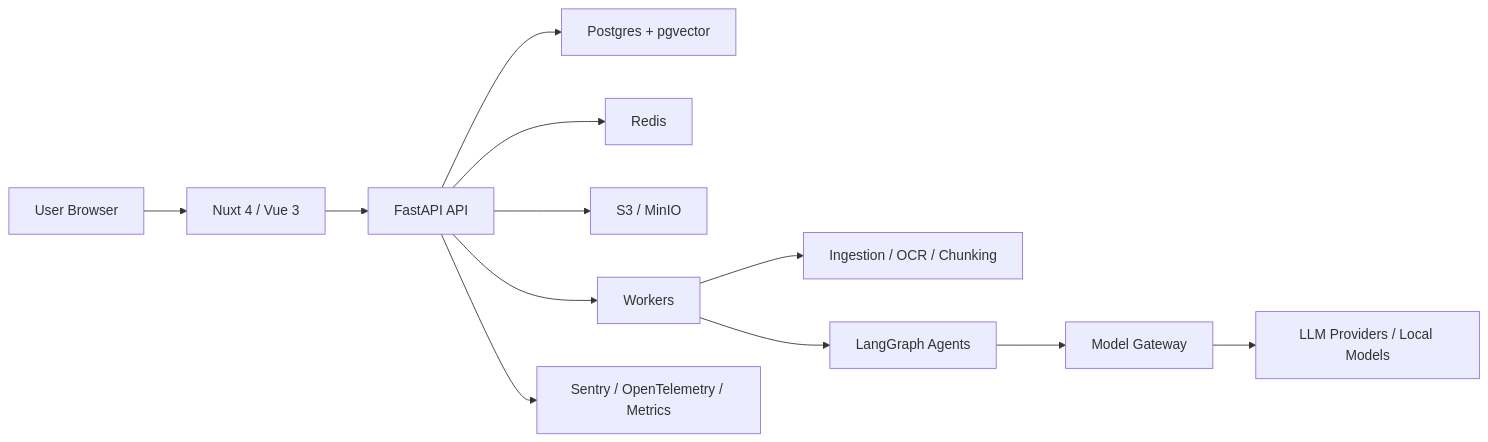
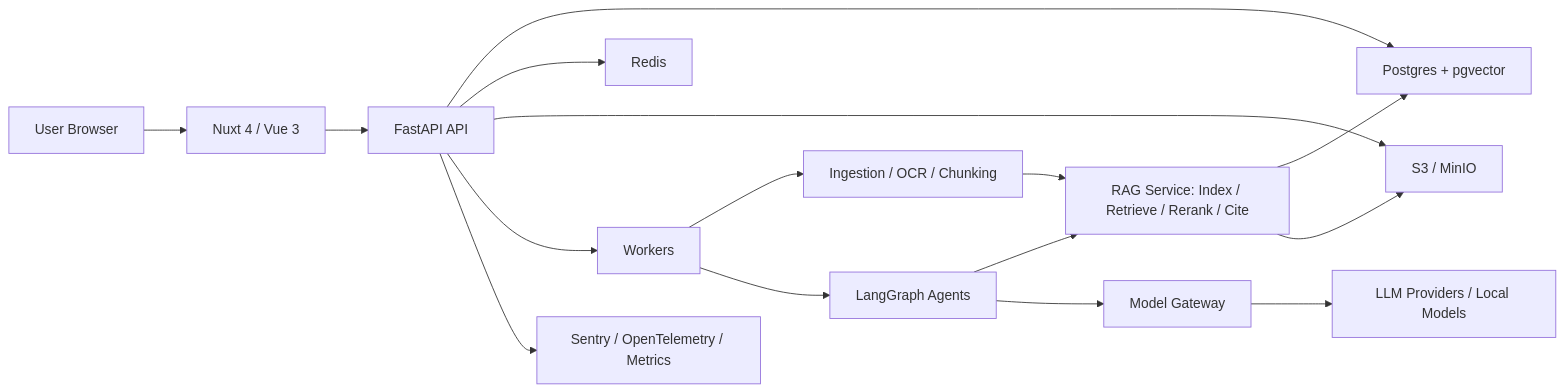
One commit to hxy-2024/study_agent changed the first of 2 diagrams in docs/superpowers/specs/2026-05-24-study-agent-design.md. Above: the diagram before and after it, drawn with Mermaid. The commit also changed other lines of this file and 1 other file, not shown here.

Commit message:
docs: add rag to study agent architecture

````diff
--- a/docs/superpowers/specs/2026-05-24-study-agent-design.md
+++ b/docs/superpowers/specs/2026-05-24-study-agent-design.md
@@ -44,14 +44,18 @@
 ```mermaid
 flowchart LR
   Browser["User Browser"] --> Frontend["Nuxt 4 / Vue 3"]
   Frontend --> API["FastAPI API"]
   API --> DB["Postgres + pgvector"]
   API --> Cache["Redis"]
   API --> Storage["S3 / MinIO"]
   API --> Worker["Workers"]
   Worker --> Ingestion["Ingestion / OCR / Chunking"]
+  Ingestion --> RAG["RAG Service: Index / Retrieve / Rerank / Cite"]
+  RAG --> DB
+  RAG --> Storage
   Worker --> Agents["LangGraph Agents"]
+  Agents --> RAG
   Agents --> Gateway["Model Gateway"]
   Gateway --> Models["LLM Providers / Local Models"]
   API --> Observability["Sentry / OpenTelemetry / Metrics"]
 ```
````
